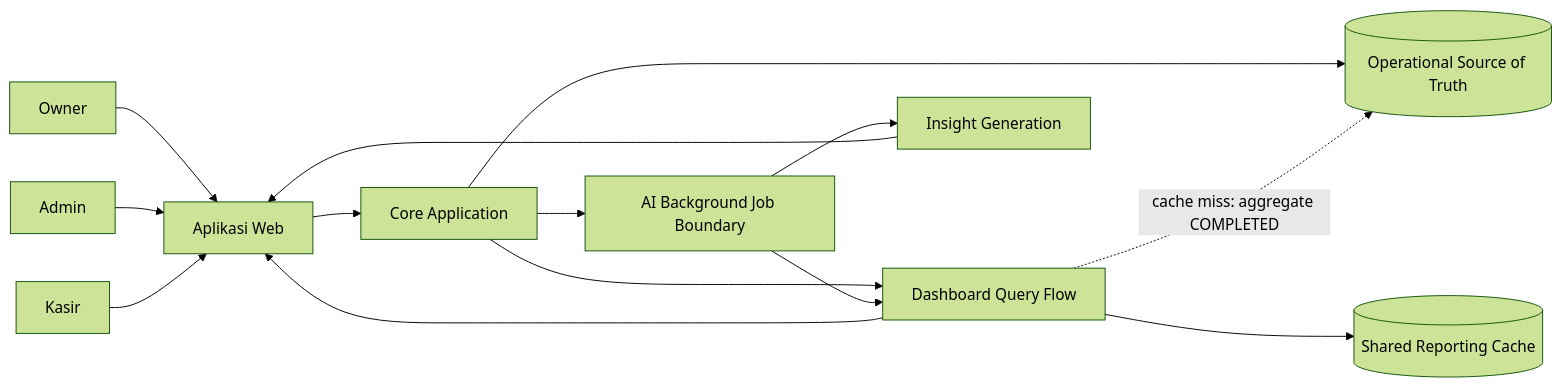
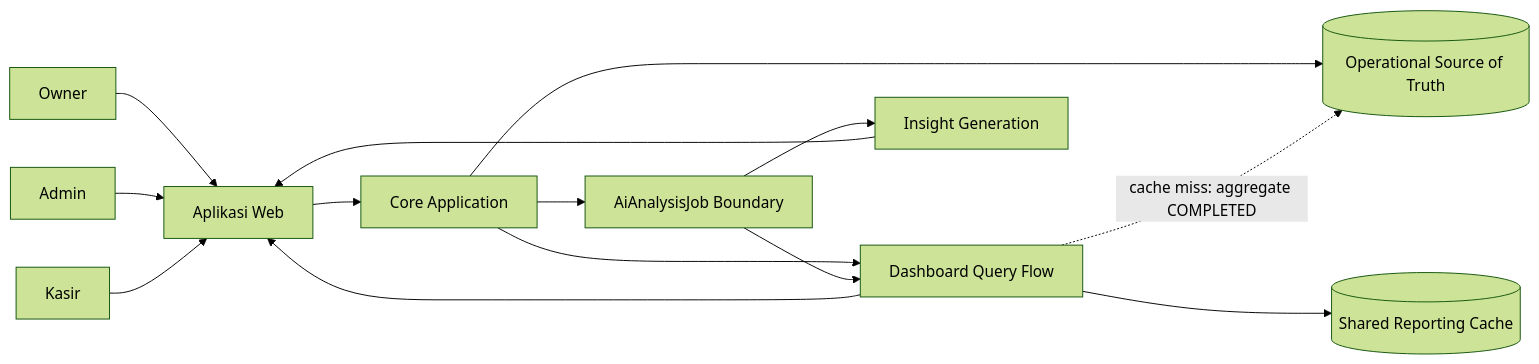
One commit to TeamOneee/pos-project-be changed the first of 4 diagrams in docs/deliverables/03-iterasi-1-proposed-srs.md. Above: the diagram before and after it, drawn with Mermaid (forest theme). The commit also changed other lines of this file and 3 other files, not shown here.

First line of the commit message:
docs(ai): tetapkan AiAnalysisJob pada dokumen Iterasi 1

````diff
--- a/docs/deliverables/03-iterasi-1-proposed-srs.md
+++ b/docs/deliverables/03-iterasi-1-proposed-srs.md
@@ -121,16 +122,16 @@
 ```mermaid
 flowchart LR
     O["Owner"] --> UI["Aplikasi Web"]
     A["Admin"] --> UI
     K["Kasir"] --> UI
     UI --> CORE["Core Application"]
     CORE --> OPDB[("Operational Source of Truth")]
     CORE --> DASH["Dashboard Query Flow"]
     DASH --> CACHE[("Shared Reporting Cache")]
     DASH -. "cache miss: aggregate COMPLETED" .-> OPDB
-    CORE --> JOB["AI Background Job Boundary"]
+    CORE --> JOB["AiAnalysisJob Boundary"]
     JOB --> AI["Insight Generation"]
     JOB --> DASH
     DASH --> UI
     AI --> UI
 ```
````
